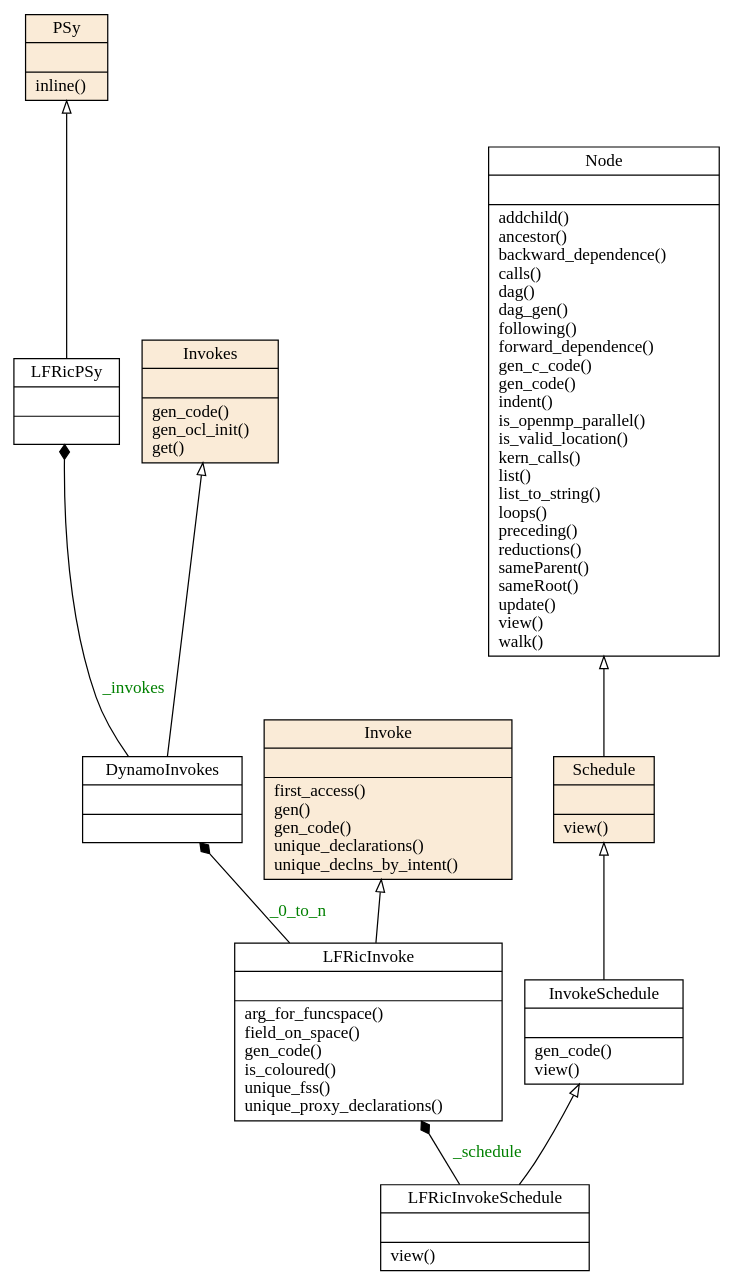
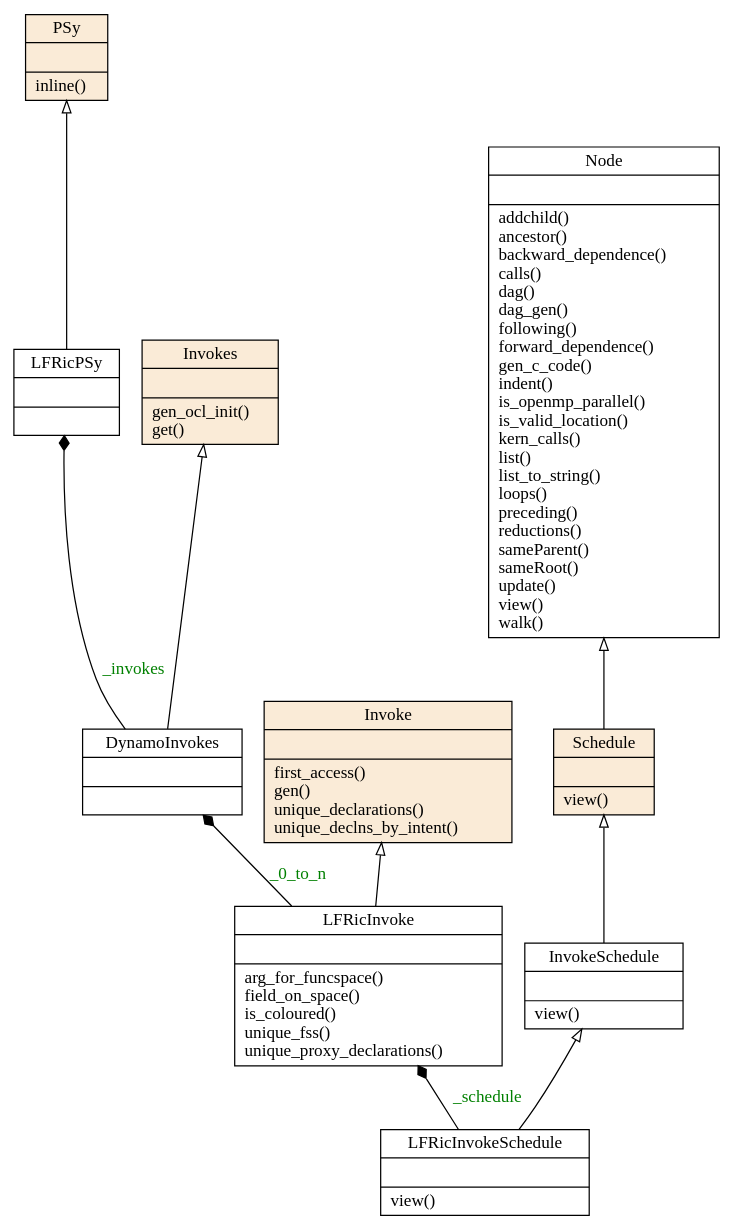
Before and after one commit to stfc/PSyclone: the diagram in doc/user_guide/dynamo0p3_topclasses.dot, drawn with Graphviz. The commit also changed 26 other files, not shown here.

Commit message:
#1010 Remove remaining references to the gen_code method

```diff
--- a/doc/user_guide/dynamo0p3_topclasses.dot
+++ b/doc/user_guide/dynamo0p3_topclasses.dot
@@ -1,26 +1,26 @@
 digraph "classes_dynamo0p3" {
 charset="utf-8"
 rankdir=BT
 
-"20" [label="{LFRicInvoke|\l|arg_for_funcspace()\lfield_on_space()\lgen_code()\lis_coloured()\lunique_fss()\lunique_proxy_declarations()\l}", shape="record"];
+"20" [label="{LFRicInvoke|\l|arg_for_funcspace()\lfield_on_space()\lis_coloured()\lunique_fss()\lunique_proxy_declarations()\l}", shape="record"];
 "21" [label="{LFRicInvokeSchedule|\l|view()\l}", shape="record"];
 "35" [label="{DynamoInvokes|\l|}", shape="record"];
 "36" [label="{LFRicPSy|\l|}", shape="record"];
-"45" [label="{Invoke|\l|first_access()\lgen()\lgen_code()\lunique_declarations()\lunique_declns_by_intent()\l}", shape="record", style=filled, fillcolor="antiquewhite"];
-"46" [label="{InvokeSchedule|\l|gen_code()\lview()\l}", shape="record"];
-"47" [label="{Invokes|\l|gen_code()\lgen_ocl_init()\lget()\l}", shape="record", style=filled, fillcolor="antiquewhite"];
-"54" [label="{Node|\l|addchild()\lancestor()\lbackward_dependence()\lcalls()\ldag()\ldag_gen()\lfollowing()\lforward_dependence()\lgen_c_code()\lgen_code()\lindent()\lis_openmp_parallel()\lis_valid_location()\lkern_calls()\llist()\llist_to_string()\lloops()\lpreceding()\lreductions()\lsameParent()\lsameRoot()\lupdate()\lview()\lwalk()\l}", shape="record"];
+"45" [label="{Invoke|\l|first_access()\lgen()\lunique_declarations()\lunique_declns_by_intent()\l}", shape="record", style=filled, fillcolor="antiquewhite"];
+"46" [label="{InvokeSchedule|\l|view()\l}", shape="record"];
+"47" [label="{Invokes|\l|gen_ocl_init()\lget()\l}", shape="record", style=filled, fillcolor="antiquewhite"];
+"54" [label="{Node|\l|addchild()\lancestor()\lbackward_dependence()\lcalls()\ldag()\ldag_gen()\lfollowing()\lforward_dependence()\lgen_c_code()\lindent()\lis_openmp_parallel()\lis_valid_location()\lkern_calls()\llist()\llist_to_string()\lloops()\lpreceding()\lreductions()\lsameParent()\lsameRoot()\lupdate()\lview()\lwalk()\l}", shape="record"];
 "55" [label="{PSy|\l|inline()\l}", shape="record", style=filled, fillcolor="antiquewhite"];
 "56" [label="{Schedule|\l|view()\l}", shape="record", style=filled, fillcolor="antiquewhite"];
 
 "20" -> "45" [arrowhead="empty", arrowtail="none"];
 "20" -> "35" [arrowhead="diamond", arrowtail="none", fontcolor="green", label="_0_to_n", style="solid"];
 "21" -> "46" [arrowhead="empty", arrowtail="none"];
 "21" -> "20" [arrowhead="diamond", arrowtail="none", fontcolor="green", label="_schedule", style="solid"];
 "35" -> "47" [arrowhead="empty", arrowtail="none"];
 "35" -> "36" [arrowhead="diamond", arrowtail="none", fontcolor="green", label="_invokes", style="solid"];
 "36" -> "55" [arrowhead="empty", arrowtail="none"];
 "46" -> "56" [arrowhead="empty", arrowtail="none"];
 "56" -> "54" [arrowhead="empty", arrowtail="none"];
 
 }
```
